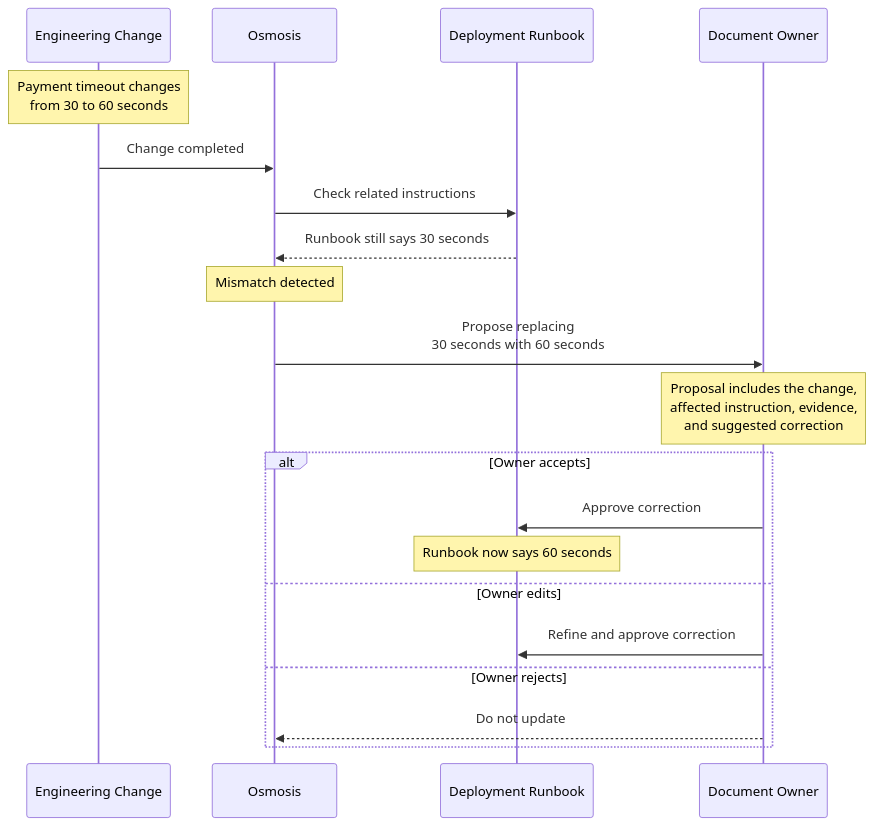
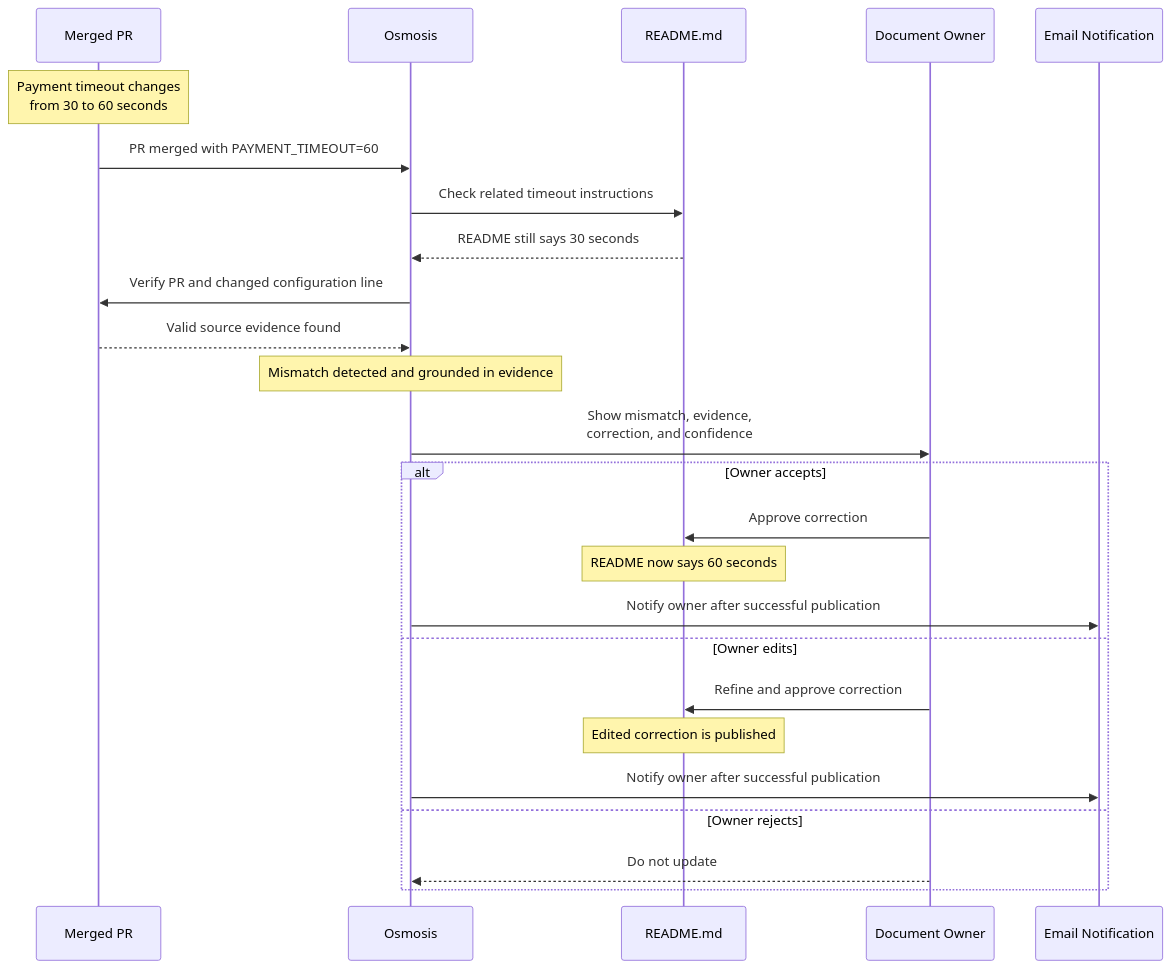
The second of 4 diagrams in documents/prd-de/osmosis-prd-de.md (prathamreet-waters/osmosis), drawn with Mermaid before and after one commit. The commit also changed other lines of this file, not shown here.

````diff
--- a/documents/prd-de/osmosis-prd-de.md
+++ b/documents/prd-de/osmosis-prd-de.md
@@ -163,27 +172,29 @@
 ```mermaid
 sequenceDiagram
-    participant Change as Engineering Change
+    participant Change as Merged PR #482
     participant Osmosis
-    participant Doc as Deployment Runbook
+    participant Doc as README.md
     participant Owner as Document Owner
+    participant Email as Email Notification
 
     Note over Change: Payment timeout changes<br/>from 30 to 60 seconds
-    Change->>Osmosis: Change completed
-
-    Osmosis->>Doc: Check related instructions
-    Doc-->>Osmosis: Runbook still says 30 seconds
-
-    Note over Osmosis: Mismatch detected
-
-    Osmosis->>Owner: Propose replacing<br/>30 seconds with 60 seconds
-    Note over Owner: Proposal includes the change,<br/>affected instruction, evidence,<br/>and suggested correction
+    Change->>Osmosis: PR merged with PAYMENT_TIMEOUT=60
+    Osmosis->>Doc: Check related timeout instructions
+    Doc-->>Osmosis: README still says 30 seconds
+    Osmosis->>Change: Verify PR and changed configuration line
+    Change-->>Osmosis: Valid source evidence found
+    Note over Osmosis: Mismatch detected and grounded in evidence
+    Osmosis->>Owner: Show mismatch, evidence,<br/>correction, and confidence
 
     alt Owner accepts
         Owner->>Doc: Approve correction
-        Note over Doc: Runbook now says 60 seconds
+        Note over Doc: README now says 60 seconds
+        Osmosis->>Email: Notify owner after successful publication
     else Owner edits
         Owner->>Doc: Refine and approve correction
+        Note over Doc: Edited correction is published
+        Osmosis->>Email: Notify owner after successful publication
     else Owner rejects
         Owner-->>Osmosis: Do not update
     end
 ```
````
